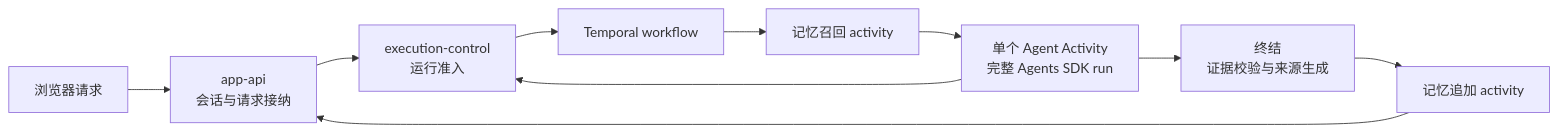
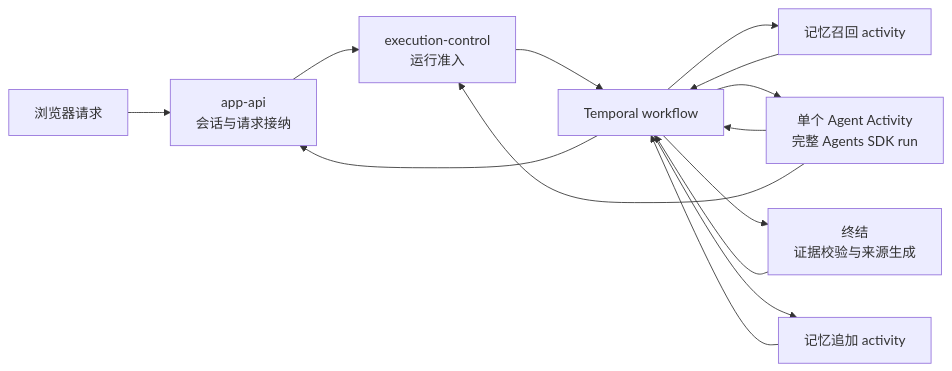
One commit to Luxfeier22331/campus-agent-main changed the second of 5 diagrams in docs/architecture/flows.md. Above: the diagram before and after it, drawn with Mermaid. The commit also changed other lines of this file and 289 other files, not shown here.

````diff
--- a/docs/architecture/flows.md
+++ b/docs/architecture/flows.md
@@ -46,15 +46,19 @@
 ```mermaid
 flowchart LR
   Browser["浏览器请求"]
   AppAPI["app-api\n会话与请求接纳"]
   Exec["execution-control\n运行准入"]
   Temporal["Temporal workflow"]
   Memory["记忆召回 activity"]
   Agent["单个 Agent Activity\n完整 Agents SDK run"]
   Final["终结\n证据校验与来源生成"]
   Append["记忆追加 activity"]
 
-  Browser --> AppAPI --> Exec --> Temporal --> Memory --> Agent
+  Browser --> AppAPI --> Exec --> Temporal
+  Temporal --> Memory --> Temporal
+  Temporal --> Agent --> Temporal
   Agent --> Exec
-  Agent --> Final --> Append --> AppAPI
+  Temporal --> Final --> Temporal
+  Temporal --> Append --> Temporal
+  Temporal --> AppAPI
 ```
````
